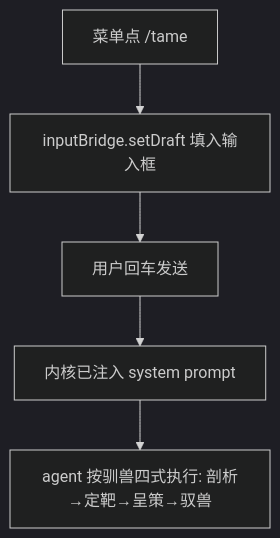
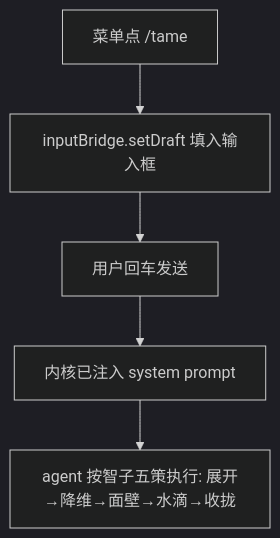
One commit to EternalNight996/dsh-ui-three-body changed the third of 4 diagrams in docs/ARCHITECTURE.md. Above: the diagram before and after it, drawn with Mermaid (dark theme). The commit also changed other lines of this file and 3 other files, not shown here.

````diff
--- a/docs/ARCHITECTURE.md
+++ b/docs/ARCHITECTURE.md
@@ -149,7 +149,7 @@
 ```mermaid
 flowchart TD
   A[菜单点 /tame] --> B[inputBridge.setDraft 填入输入框]
   B --> C[用户回车发送]
   C --> D[内核已注入 system prompt]
-  D --> E[agent 按驯兽四式执行: 剖析→定靶→呈策→驭兽]
+  D --> E[agent 按智子五策执行: 展开→降维→面壁→水滴→收拢]
 ```
````
